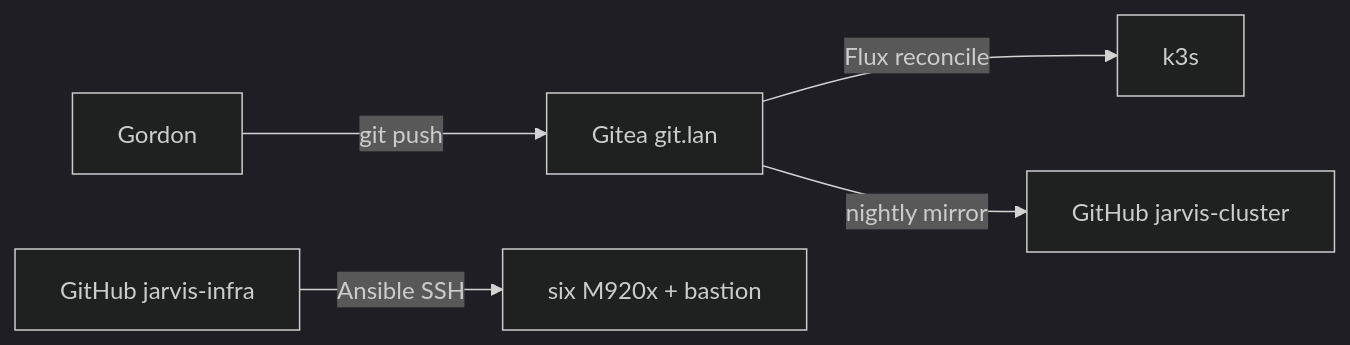
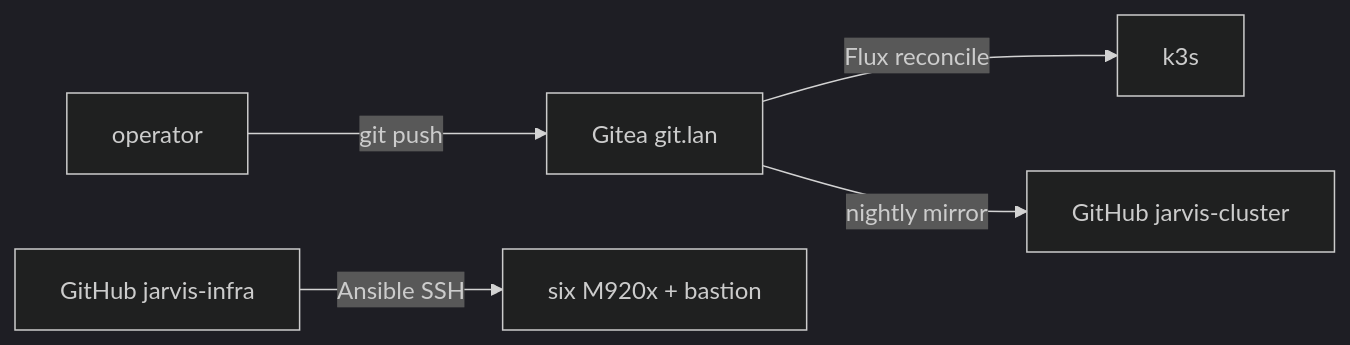
Before and after one commit to gordoncooper/jarvis-cluster: the first of 2 diagrams in README.md, drawn with Mermaid (dark theme). The commit also changed other lines of this file and 3 other files, not shown here.

Commit message:
docs: operator/admin wording; keep gordoncooper GitHub user

````diff
--- a/README.md
+++ b/README.md
@@ -11,7 +11,7 @@
 ```mermaid
 flowchart LR
-  You["Gordon"] -->|"git push"| Gitea["Gitea git.lan"]
+  You["operator"] -->|"git push"| Gitea["Gitea git.lan"]
   Gitea -->|"Flux reconcile"| K3s["k3s"]
   Gitea -->|"nightly mirror"| GH["GitHub jarvis-cluster"]
   Infra["GitHub jarvis-infra"] -->|"Ansible SSH"| Nodes["six M920x + bastion"]
 ```
````
